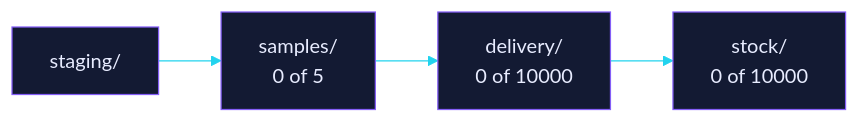
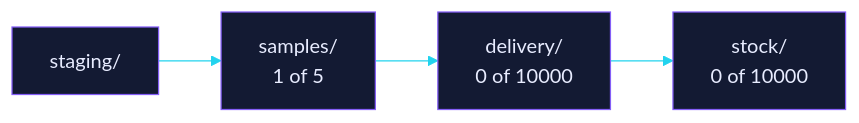
One commit to EtharaLabs/celestra-samples changed the second of 2 diagrams in README.md. Above: the diagram before and after it, drawn with Mermaid. The commit also changed other lines of this file and 264 other files, not shown here.

````diff
--- a/README.md
+++ b/README.md
@@ -43,8 +68,8 @@
 ```mermaid
 %%{init: {"theme":"base","themeVariables":{"primaryColor":"#131a33","primaryTextColor":"#e8ecff","primaryBorderColor":"#845EF7","lineColor":"#22d3ee","fontFamily":"monospace"}}}%%
 flowchart LR
     staging["staging/"]
-    staging --> samples["samples/<br/>0 of 5"]
+    staging --> samples["samples/<br/>1 of 5"]
     samples --> delivery["delivery/<br/>0 of 10000"]
     delivery --> stock["stock/<br/>0 of 10000"]
 ```
````
